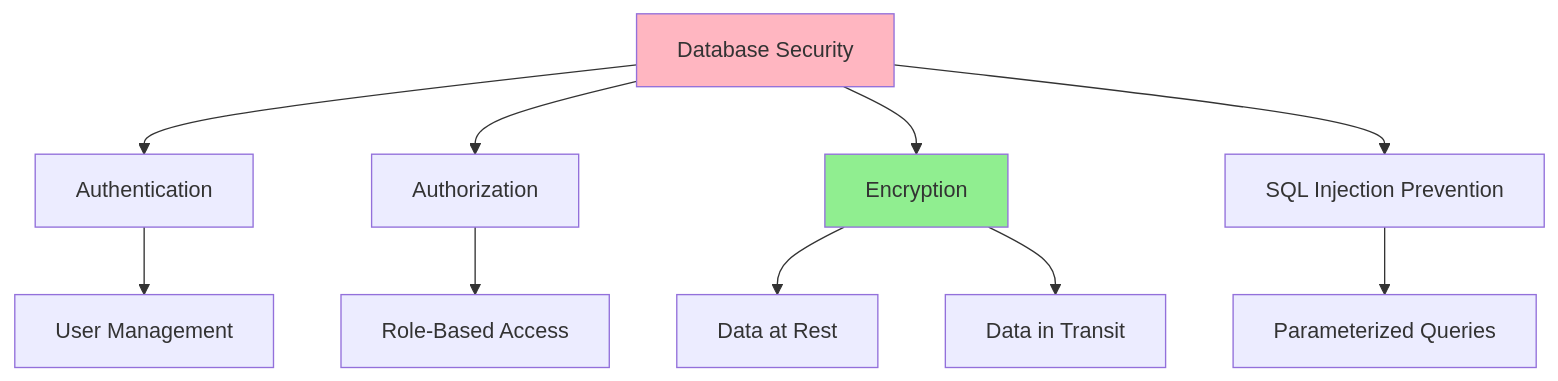
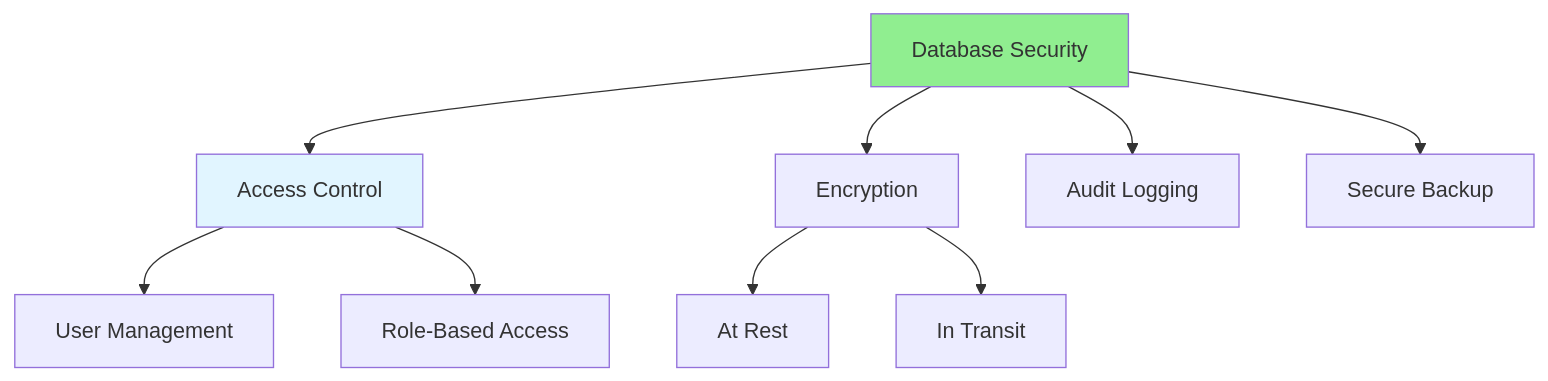
Before and after one commit to iouthnamain/tech-note: the diagram in Full-Stack-Guides/Group-06-Database-Analysis/06.16_Database_Security.md, drawn with Mermaid. The commit also changed other lines of this file and 480 other files, not shown here.

````diff
--- a/Full-Stack-Guides/Group-06-Database-Analysis/06.16_Database_Security.md
+++ b/Full-Stack-Guides/Group-06-Database-Analysis/06.16_Database_Security.md
@@ -23,16 +21,15 @@
 ```mermaid
 graph TD
-    Security[Database Security] --> Auth[Authentication]
-    Security --> Authz[Authorization]
+    Security[Database Security] --> Access[Access Control]
     Security --> Encryption[Encryption]
-    Security --> Injection[SQL Injection Prevention]
+    Security --> Audit[Audit Logging]
+    Security --> Backup[Secure Backup]
     
-    Auth --> Users[User Management]
-    Authz --> Roles[Role-Based Access]
-    Encryption --> Data[Data at Rest]
-    Encryption --> Transit[Data in Transit]
-    Injection --> Parameterized[Parameterized Queries]
+    Access --> Users[User Management]
+    Access --> Roles[Role-Based Access]
+    Encryption --> AtRest[At Rest]
+    Encryption --> InTransit[In Transit]
     
-    style Security fill:#FFB6C1
-    style Encryption fill:#90EE90
+    style Security fill:#90EE90
+    style Access fill:#e1f5ff
 ```
````
